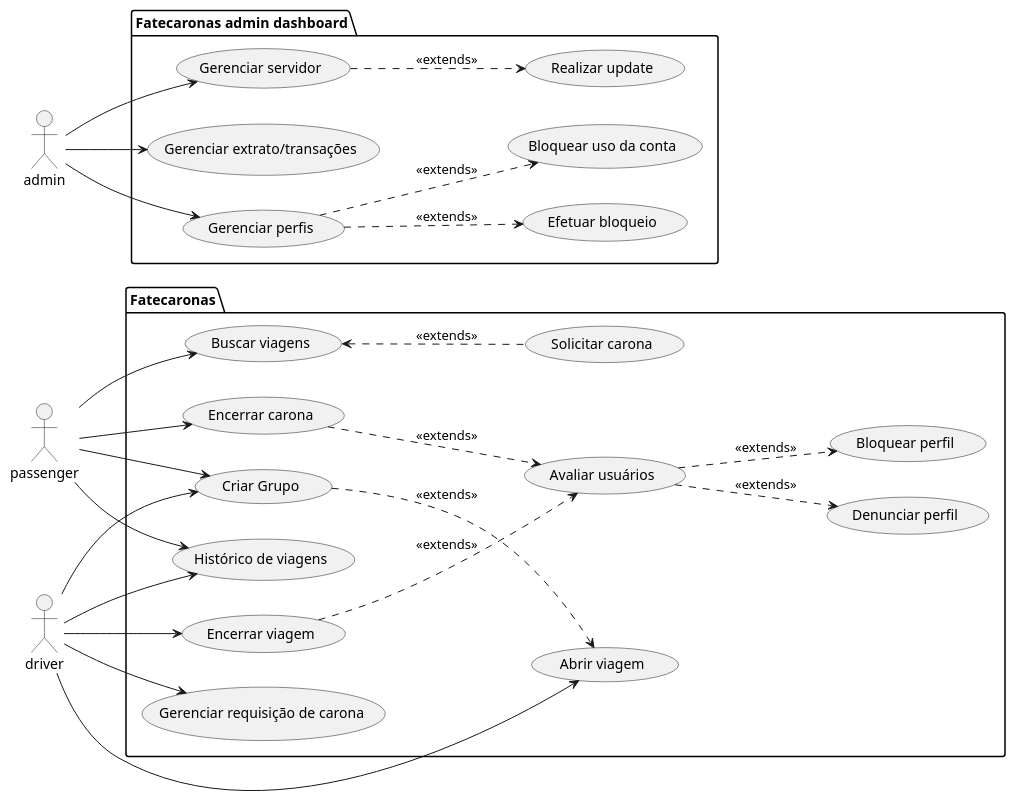
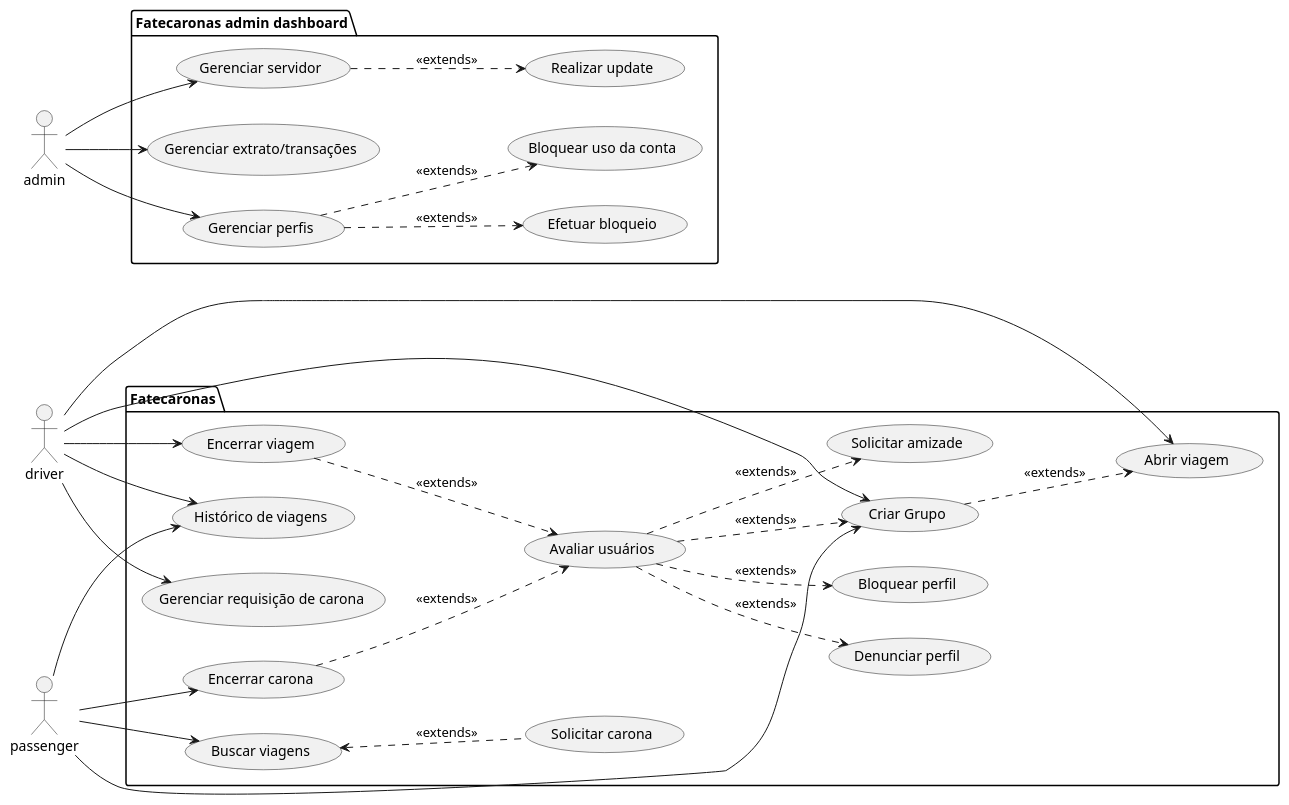
One commit to Vinicius0607/ProjetoES2 changed the diagram in uses_cases_fatecaronas.puml. Above: the diagram before and after it, drawn with PlantUML.

```diff
--- a/uses_cases_fatecaronas.puml
+++ b/uses_cases_fatecaronas.puml
@@ -1,56 +1,59 @@
 @startuml Fatecaronas
 left to right direction
 
 ' Actors
 actor passenger as p
 actor driver as d
 actor admin as a
 
 package "Fatecaronas" {
     ' Usecases
     usecase "Buscar viagens" as UC1
     usecase "Solicitar carona" as UC2
     usecase "Encerrar carona" as UC3
     usecase "Histórico de viagens" as UC5
     usecase "Avaliar usuários" as UC6
     usecase "Abrir viagem" as UC7
     usecase "Gerenciar requisição de carona" as UC8
     usecase "Encerrar viagem" as UC9
     usecase "Denunciar perfil" as UC10
     usecase "Bloquear perfil" as UC11
     usecase "Criar Grupo" as UC18
+    usecase "Solicitar amizade" as UC19
 }
  
 package "Fatecaronas admin dashboard" {
     usecase "Gerenciar servidor" as UC12
     usecase "Gerenciar extrato/transações" as UC13
     usecase "Gerenciar perfis" as UC14
     usecase "Efetuar bloqueio" as UC15
     usecase "Bloquear uso da conta" as UC16
     usecase "Realizar update" as UC17
 }
 
 ' Relations
 p --> UC1
 p --> UC3
 p --> UC5
 p --> UC18
 UC1 <.. UC2: <<extends>>
 UC3 ..> UC6: <<extends>>
 UC9 ..> UC6: <<extends>>
 UC6 ..> UC10: <<extends>>
 UC6 ..> UC11: <<extends>>
+UC6 ..> UC18: <<extends>>
+UC6 ..> UC19: <<extends>>
 d --> UC7
 d --> UC8
 d --> UC9
 d --> UC5
 d --> UC18
 a --> UC12
 a --> UC13
 a --> UC14
 UC12 ..> UC17: <<extends>>
 UC14 ..> UC15: <<extends>>
 UC14 ..> UC16: <<extends>>
 UC18 ..> UC7: <<extends>> 
 
 @enduml
```
